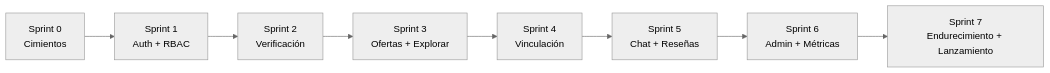
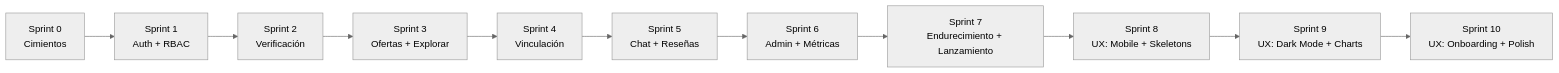
The diagram in Banco de tiempo/07-roadmap/07_roadmap_sprints.md (dagargon89/banco-tiempo-CI4-React), drawn with Mermaid (neutral theme) before and after one commit. The commit also changed other lines of this file and 8 other files, not shown here.

````diff
--- a/Banco de tiempo/07-roadmap/07_roadmap_sprints.md
+++ b/Banco de tiempo/07-roadmap/07_roadmap_sprints.md
@@ -20,10 +20,13 @@
 ```mermaid
 flowchart LR
     S0["Sprint 0<br/>Cimientos"] --> S1["Sprint 1<br/>Auth + RBAC"]
     S1 --> S2["Sprint 2<br/>Verificación"]
     S2 --> S3["Sprint 3<br/>Ofertas + Explorar"]
     S3 --> S4["Sprint 4<br/>Vinculación"]
     S4 --> S5["Sprint 5<br/>Chat + Reseñas"]
     S5 --> S6["Sprint 6<br/>Admin + Métricas"]
     S6 --> S7["Sprint 7<br/>Endurecimiento + Lanzamiento"]
+    S7 --> S8["Sprint 8<br/>UX: Mobile + Skeletons"]
+    S8 --> S9["Sprint 9<br/>UX: Dark Mode + Charts"]
+    S9 --> S10["Sprint 10<br/>UX: Onboarding + Polish"]
 ```
````
